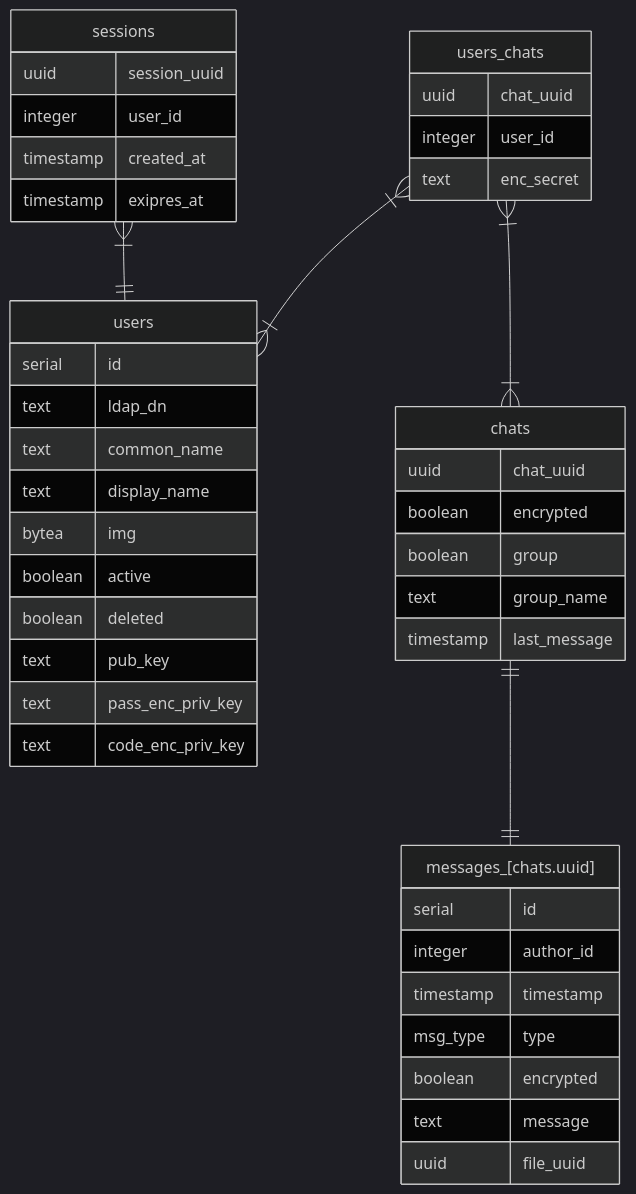
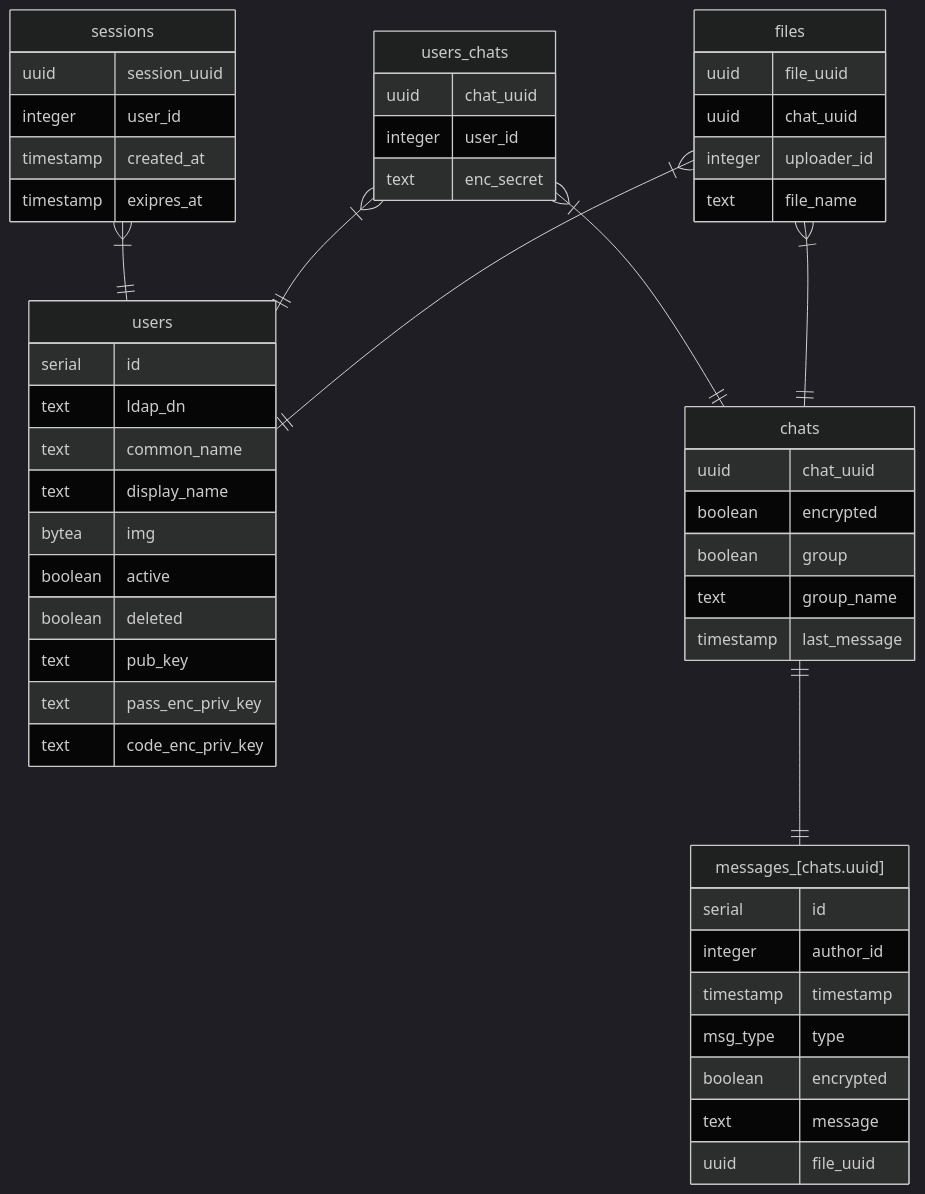
Before and after one commit to MrJujek/gda: the diagram in docs/DatabaseSchema.md, drawn with Mermaid (dark theme).

Commit message:
Updating database schema

````diff
--- a/docs/DatabaseSchema.md
+++ b/docs/DatabaseSchema.md
@@ -5,46 +5,54 @@
 ```mermaid
 erDiagram
     users {
         serial  id
         text    ldap_dn
         text    common_name
         text    display_name
         bytea   img
         boolean active
         boolean deleted
         text    pub_key
         text    pass_enc_priv_key
         text    code_enc_priv_key
     }
     sessions {
         uuid        session_uuid
         integer     user_id
         timestamp   created_at
         timestamp   exipres_at
     }
     chats {
         uuid        chat_uuid
         boolean     encrypted
         boolean     group
         text        group_name
         timestamp   last_message
     }
     users_chats {
         uuid    chat_uuid
         integer user_id
         text    enc_secret
     }
     "messages_[chats.uuid]" {
         serial      id
         integer     author_id
         timestamp   timestamp
         msg_type    type
         boolean     encrypted
         text        message
         uuid        file_uuid
     }
+    files {
+        uuid    file_uuid
+        uuid    chat_uuid
+        integer uploader_id
+        text    file_name
+    }
     sessions 1+--1 users : ""
-    users_chats 1+--1+ users : ""
-    users_chats 1+--1+ chats : ""
+    users_chats 1+--1 users : ""
+    users_chats 1+--1 chats : ""
     chats 1--1 "messages_[chats.uuid]": ""
+    files 1+--1 chats: ""
+    files 1+--1 users: ""
 ```
````
